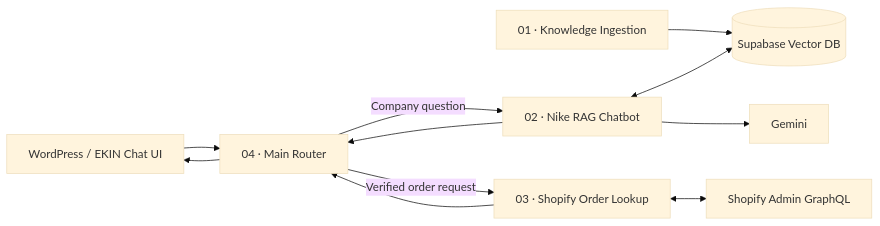
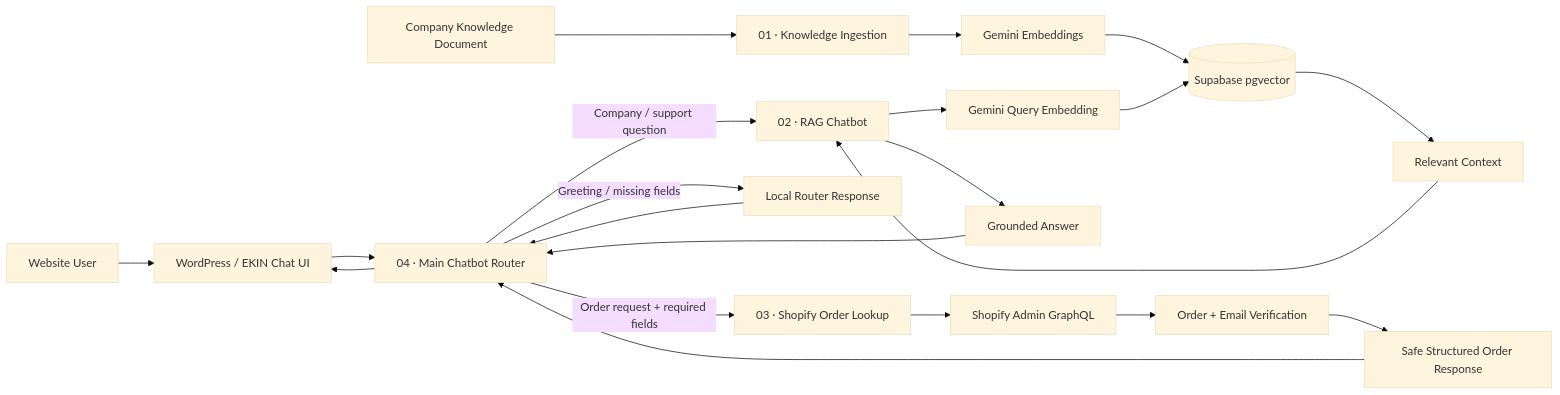
One commit to HaleemaFatima/ekin-commerce changed the diagram in README.md. Above: the diagram before and after it, drawn with Mermaid (base theme). The commit also changed other lines of this file, not shown here.

````diff
--- a/README.md
+++ b/README.md
@@ -24,13 +31,28 @@
 ```mermaid
 flowchart LR
-    UI[WordPress / EKIN Chat UI] --> W4[04 · Main Router]
-    W4 -->|Company question| W2[02 · Nike RAG Chatbot]
-    W4 -->|Verified order request| W3[03 · Shopify Order Lookup]
-    W1[01 · Knowledge Ingestion] --> DB[(Supabase Vector DB)]
-    W2 <--> DB
-    W2 --> GM[Gemini]
-    W3 <--> SH[Shopify Admin GraphQL]
-    W2 --> W4
-    W3 --> W4
-    W4 --> UI
+    USER[Website User] --> WP[WordPress / EKIN Chat UI]
+    WP --> W4[04 · Main Chatbot Router]
+
+    W4 -->|Company / support question| W2[02 · RAG Chatbot]
+    W4 -->|Order request + required fields| W3[03 · Shopify Order Lookup]
+    W4 -->|Greeting / missing fields| LOCAL[Local Router Response]
+
+    DOC[Company Knowledge Document] --> W1[01 · Knowledge Ingestion]
+    W1 --> EMB[Gemini Embeddings]
+    EMB --> DB[(Supabase pgvector)]
+
+    W2 --> QUERY[Gemini Query Embedding]
+    QUERY --> DB
+    DB --> CONTEXT[Relevant Context]
+    CONTEXT --> W2
+    W2 --> ANSWER[Grounded Answer]
+
+    W3 --> SHOPIFY[Shopify Admin GraphQL]
+    SHOPIFY --> VERIFY[Order + Email Verification]
+    VERIFY --> ORDER[Safe Structured Order Response]
+
+    ANSWER --> W4
+    ORDER --> W4
+    LOCAL --> W4
+    W4 --> WP
 ```
````
